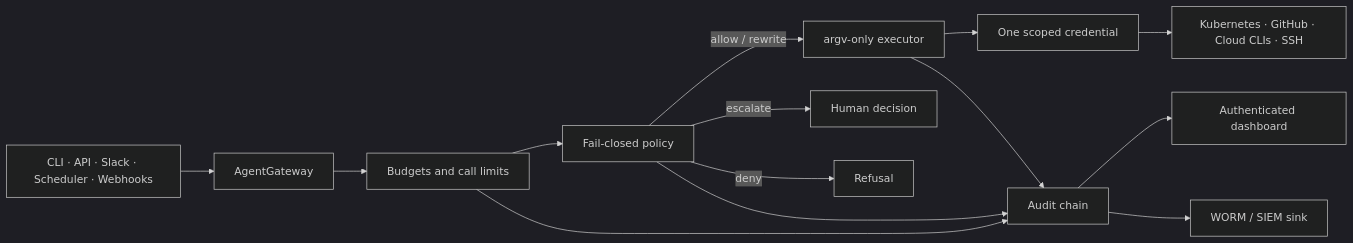
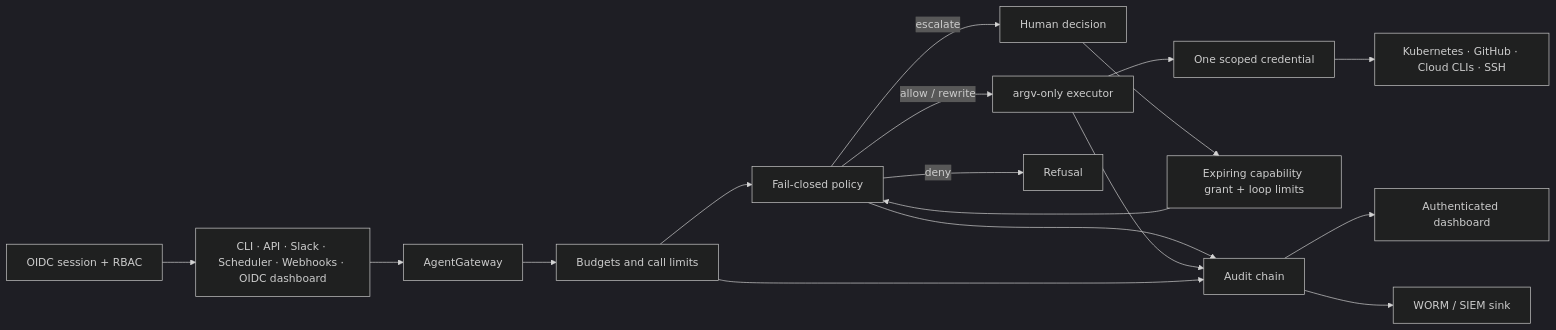
One commit to skundu42/opendevops changed the diagram in README.md. Above: the diagram before and after it, drawn with Mermaid (dark theme). The commit also changed other lines of this file and 57 other files, not shown here.

````diff
--- a/README.md
+++ b/README.md
@@ -94,16 +139,19 @@
 ```mermaid
 flowchart LR
-    I["CLI · API · Slack · Scheduler · Webhooks"] --> G["AgentGateway"]
+    I["CLI · API · Slack · Scheduler · Webhooks · OIDC dashboard"] --> G["AgentGateway"]
+    O["OIDC session + RBAC"] --> I
     G --> B["Budgets and call limits"]
     B --> P["Fail-closed policy"]
     P -->|allow / rewrite| E["argv-only executor"]
     P -->|escalate| H["Human decision"]
     P -->|deny| D["Refusal"]
     E --> C["One scoped credential"]
+    X["Expiring capability grant + loop limits"] --> P
+    H --> X
     C --> T["Kubernetes · GitHub · Cloud CLIs · SSH"]
     P --> A["Audit chain"]
     E --> A
     B --> A
     A --> U["Authenticated dashboard"]
     A --> W["WORM / SIEM sink"]
 ```
````
